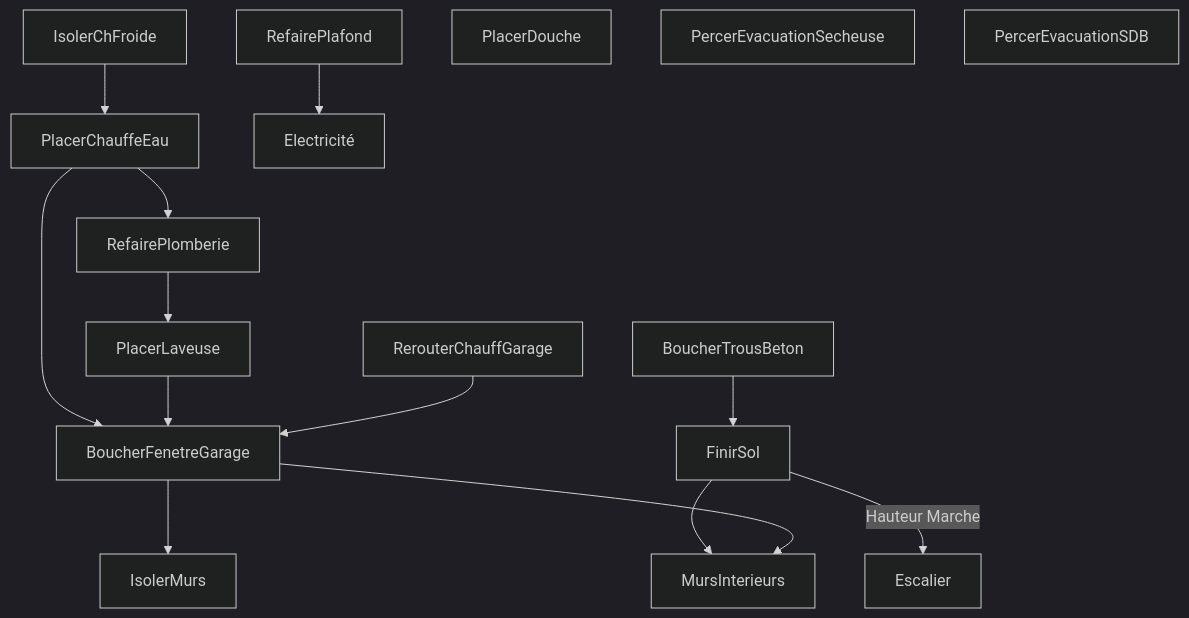
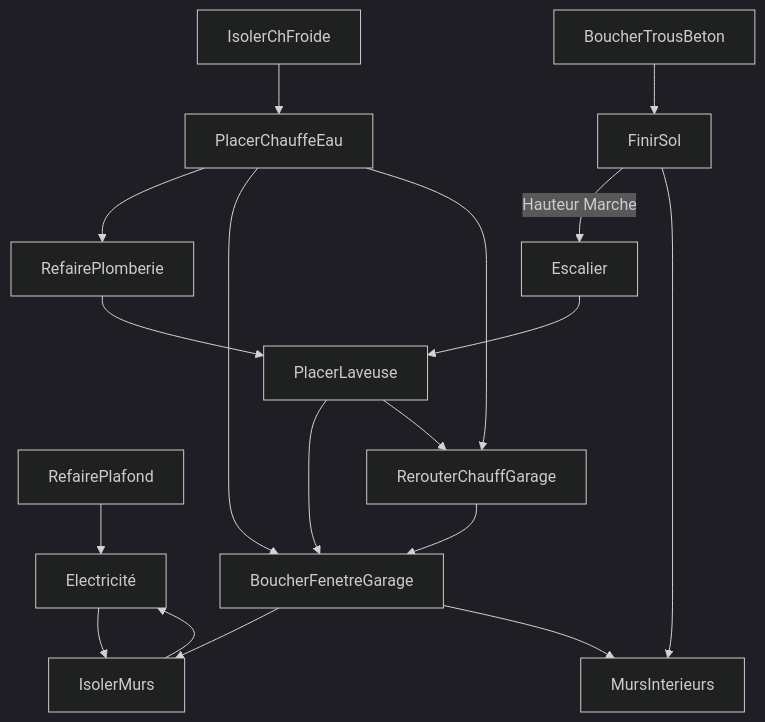
Before and after one commit to jorisdeguet/jorisdeguet.github.io: the diagram in travaux.md, drawn with Mermaid (dark theme).

````diff
--- a/travaux.md
+++ b/travaux.md
@@ -1,23 +1,25 @@
 ```mermaid
 graph TD
     RefairePlafond
     BoucherTrousBeton --> FinirSol
     FinirSol -- Hauteur Marche --> Escalier
     BoucherFenetreGarage --> IsolerMurs
     IsolerChFroide --> PlacerChauffeEau
     PlacerChauffeEau --> RefairePlomberie
 
     FinirSol --> MursInterieurs
     BoucherFenetreGarage -->MursInterieurs
     PlacerChauffeEau --> BoucherFenetreGarage
     PlacerLaveuse --> BoucherFenetreGarage
     RefairePlomberie --> PlacerLaveuse
     RefairePlafond --> Electricité
-
+    Electricité --> IsolerMurs
+IsolerMurs --> Electricité
+    PlacerChauffeEau --> RerouterChauffGarage
+    PlacerLaveuse --> RerouterChauffGarage
+    Escalier --> PlacerLaveuse
     RerouterChauffGarage  --> BoucherFenetreGarage
-    PlacerDouche
-    PercerEvacuationSecheuse
-    PercerEvacuationSDB
+    
 
 
 ```
````
